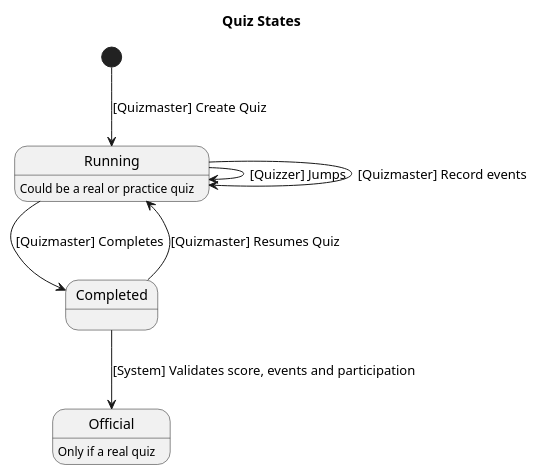
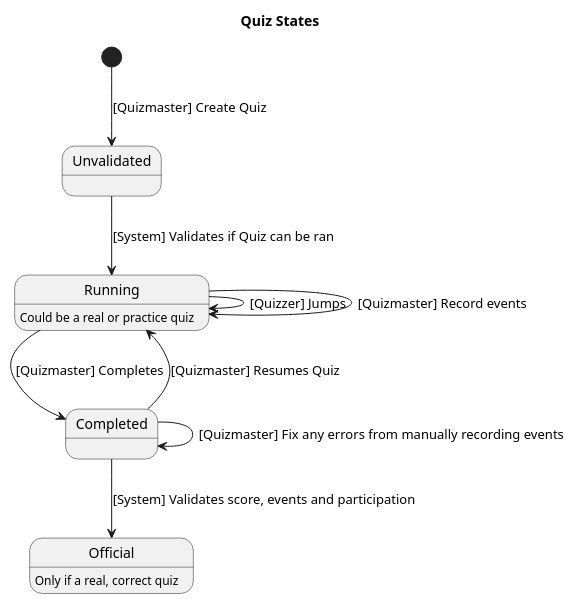
One commit to Gilligan128/FreeMethodist.BibleQuizTracker changed the diagram in src/FreeMethodist.BibleQuizTracker.Server/Architecture/quiz-states.plantuml. Above: the diagram before and after it, drawn with PlantUML.

Commit message:
enhanced quiz states diagram.

```diff
--- a/src/FreeMethodist.BibleQuizTracker.Server/Architecture/quiz-states.plantuml
+++ b/src/FreeMethodist.BibleQuizTracker.Server/Architecture/quiz-states.plantuml
@@ -1,11 +1,13 @@
 @startuml
 title Quiz States
-[*] --> Running: [Quizmaster] Create Quiz 
+[*] --> Unvalidated: [Quizmaster] Create Quiz
+Unvalidated --> Running: [System] Validates if Quiz can be ran
 Running --> Running: [Quizzer] Jumps
 Running: Could be a real or practice quiz
 Running --> Running: [Quizmaster] Record events
 Running --> Completed: [Quizmaster] Completes
 Completed --> Running: [Quizmaster] Resumes Quiz 
+Completed --> Completed: [Quizmaster] Fix any errors from manually recording events
 Completed --> Official: [System] Validates score, events and participation
-Official: Only if a real quiz
+Official: Only if a real, correct quiz
 @enduml
```
